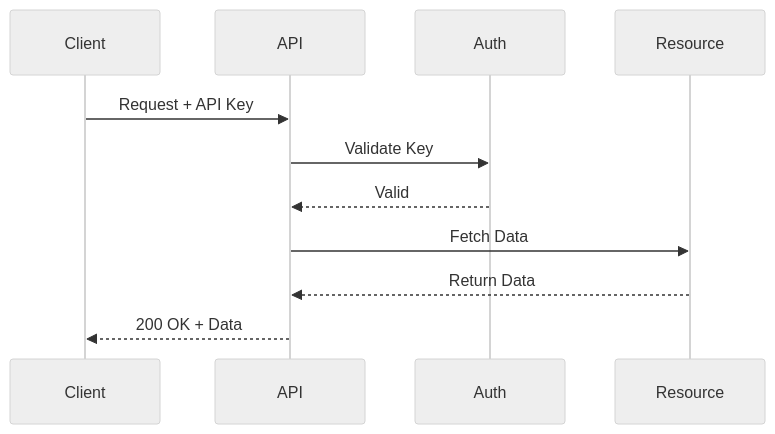
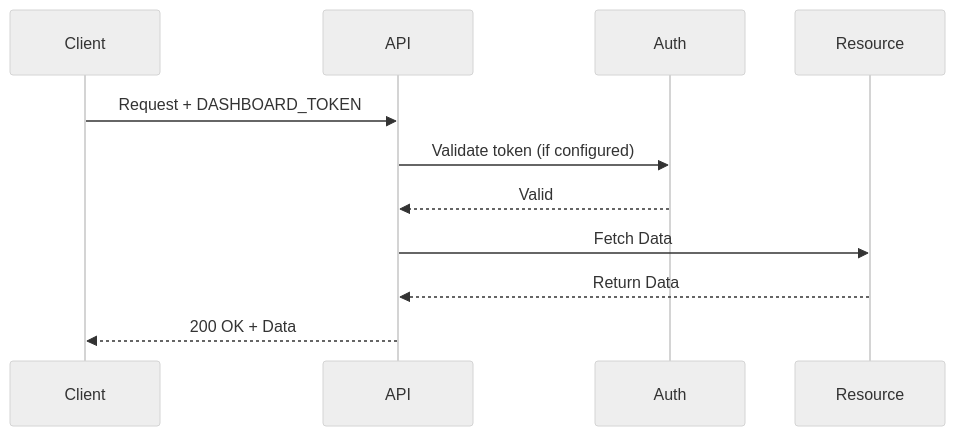
Before and after one commit to zhangqinzhong/Claude-Code-Agent-Monitor: the second of 8 diagrams in docs/API.md, drawn with Mermaid (neutral theme). The commit also changed other lines of this file and 9 other files, not shown here.

````diff
--- a/docs/API.md
+++ b/docs/API.md
@@ -57,14 +69,14 @@
 ```mermaid
 sequenceDiagram
     participant Client
     participant API
     participant Auth
     participant Resource
     
-    Client->>API: Request + API Key
-    API->>Auth: Validate Key
+    Client->>API: Request + DASHBOARD_TOKEN
+    API->>Auth: Validate token (if configured)
     Auth-->>API: Valid
     API->>Resource: Fetch Data
     Resource-->>API: Return Data
     API-->>Client: 200 OK + Data
 ```
````
